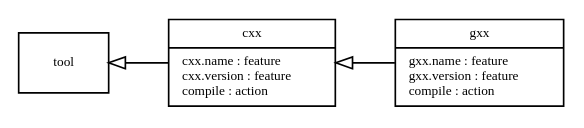
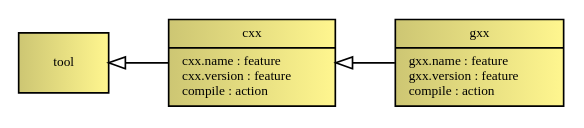
The diagram in doc/reference/tool.rst (stefanseefeld/faber), drawn with Graphviz before and after one commit. The commit also changed other lines of this file and 12 other files, not shown here.

```diff
--- a/doc/reference/tool.rst
+++ b/doc/reference/tool.rst
@@ -11,10 +13,10 @@
 .. graphviz::
    
    digraph T {
      rankdir="LR"
-     node [ fontname = "Bitstream Vera Sans" fontsize = 8 shape = "record"]
-     edge [ arrowtail = "empty" arrowhead = "none" dir= "back"]
-     cxx [ label = "{ {cxx|cxx.name : feature\lcxx.version : feature\lcompile : action\l}}"]
-     gxx [ label = "{ {gxx|gxx.name : feature\lgxx.version : feature\lcompile : action\l}}"]
+     node [ fontname="Bitstream Vera Sans", fontsize=8, shape=record, style=filled, fillcolor="khaki3:khaki1"]
+     edge [ arrowtail="empty" arrowhead="none" dir="back"]
+     cxx [ label="{ {cxx|cxx.name : feature\lcxx.version : feature\lcompile : action\l}}"]
+     gxx [ label="{ {gxx|gxx.name : feature\lgxx.version : feature\lcompile : action\l}}"]
      "tool" -> "cxx" -> "gxx";
    }
```
